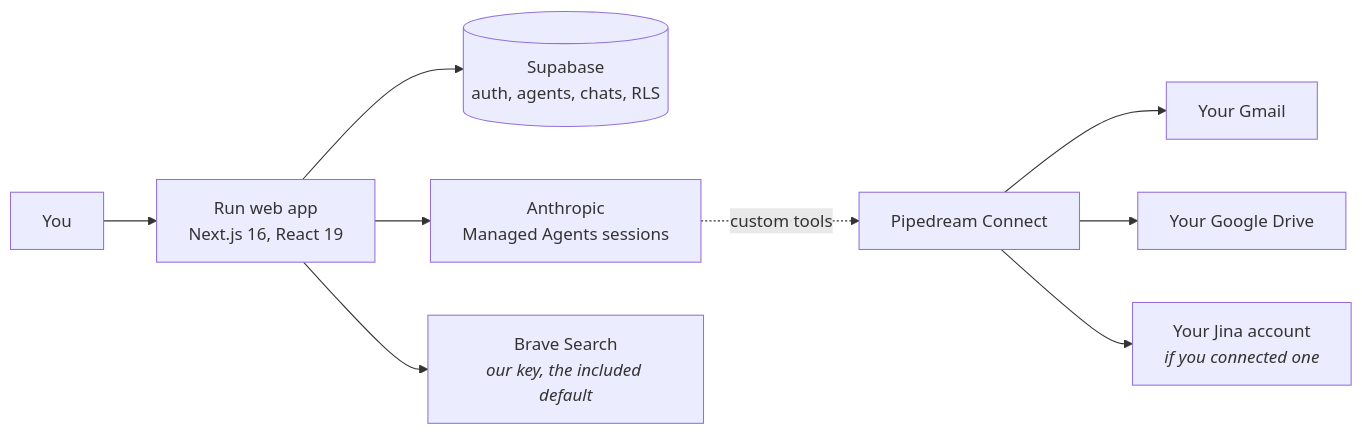
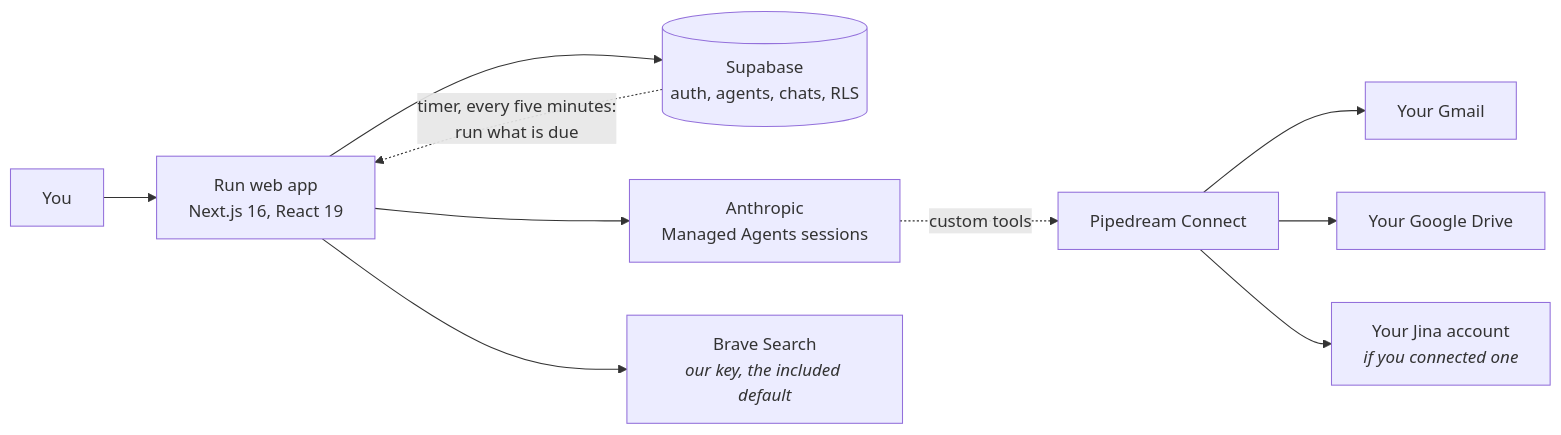
One commit to choongching/run changed the fourth of 4 diagrams in README.md. Above: the diagram before and after it, drawn with Mermaid. The commit also changed other lines of this file and 1 other file, not shown here.

First line of the commit message:
Say in the README what runs a routine and where a file goes (#294)

````diff
--- a/README.md
+++ b/README.md
@@ -522,11 +554,12 @@
 ```mermaid
 flowchart LR
     U["You"] --> W["Run web app<br/>Next.js 16, React 19"]
     W --> DB[("Supabase<br/>auth, agents, chats, RLS")]
+    DB -. "timer, every five minutes:<br/>run what is due" .-> W
     W --> MA["Anthropic<br/>Managed Agents sessions"]
     MA -. custom tools .-> PD["Pipedream Connect"]
     PD --> GM["Your Gmail"]
     PD --> GD["Your Google Drive"]
     PD --> JN["Your Jina account<br/><i>if you connected one</i>"]
     W --> BR["Brave Search<br/><i>our key, the included default</i>"]
 ```
````
